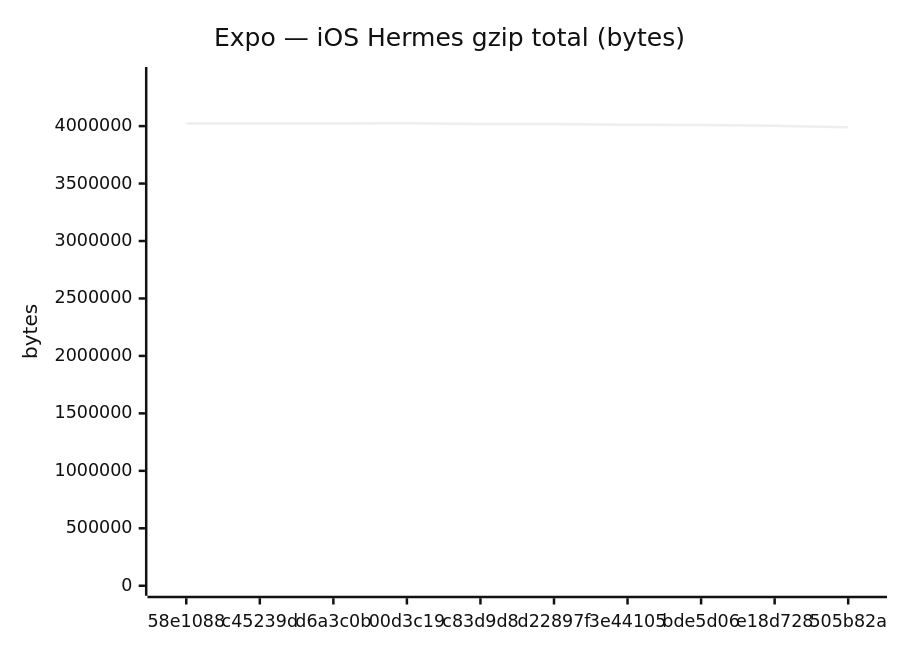
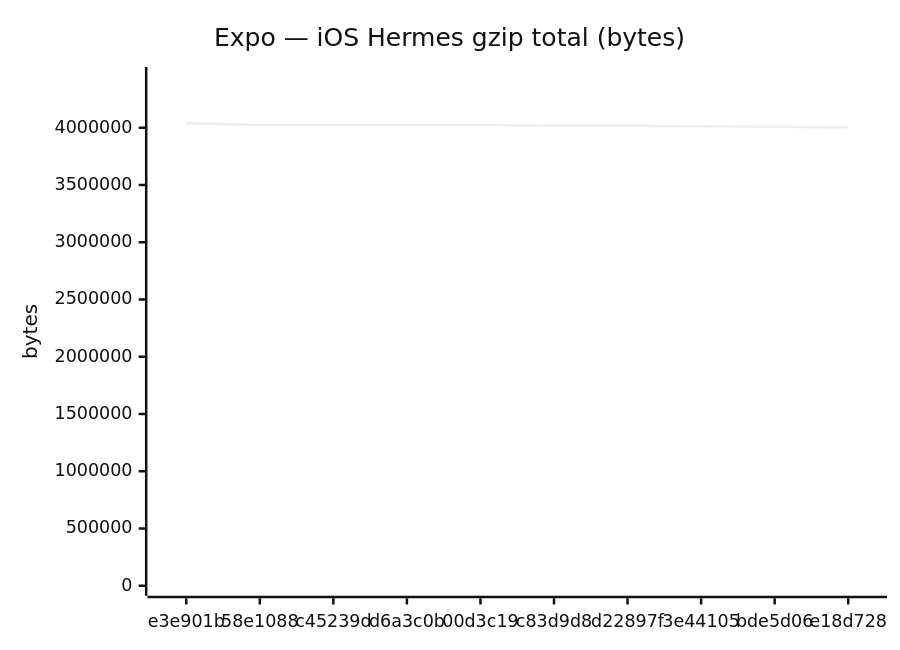
Before and after one commit to Metaheurist/Rianell: the sixth of 18 diagrams in benchmarks/compare.md, drawn with Mermaid (neutral theme). The commit also changed other lines of this file and 11 other files, not shown here.

````diff
--- a/benchmarks/compare.md
+++ b/benchmarks/compare.md
@@ -96,7 +96,7 @@
 ```mermaid
 xychart-beta
     title "Expo — iOS Hermes gzip total (bytes)"
-    x-axis ["58e1088", "c45239d", "d6a3c0b", "00d3c19", "c83d9d8", "d22897f", "3e44105", "bde5d06", "e18d728", "505b82a"]
-    y-axis "bytes" 0 --> 4427238
-    line [4023650, 4023650, 4023645, 4024761, 4017281, 4017565, 4012063, 4008470, 4002116, 3990384]
+    x-axis ["e3e901b", "58e1088", "c45239d", "d6a3c0b", "00d3c19", "c83d9d8", "d22897f", "3e44105", "bde5d06", "e18d728"]
+    y-axis "bytes" 0 --> 4443097
+    line [4039179, 4023650, 4023650, 4023645, 4024761, 4017281, 4017565, 4012063, 4008470, 4002116]
 ```
````
